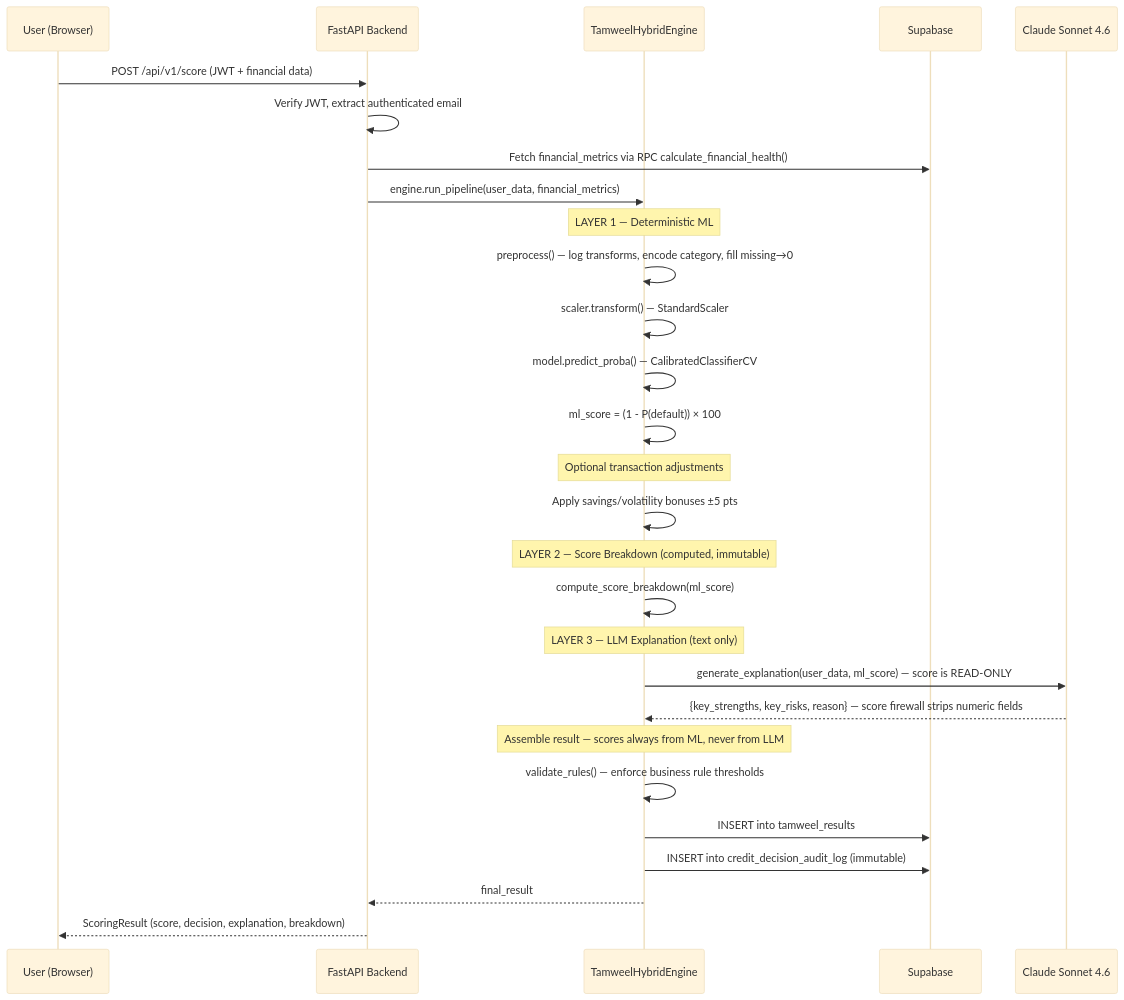
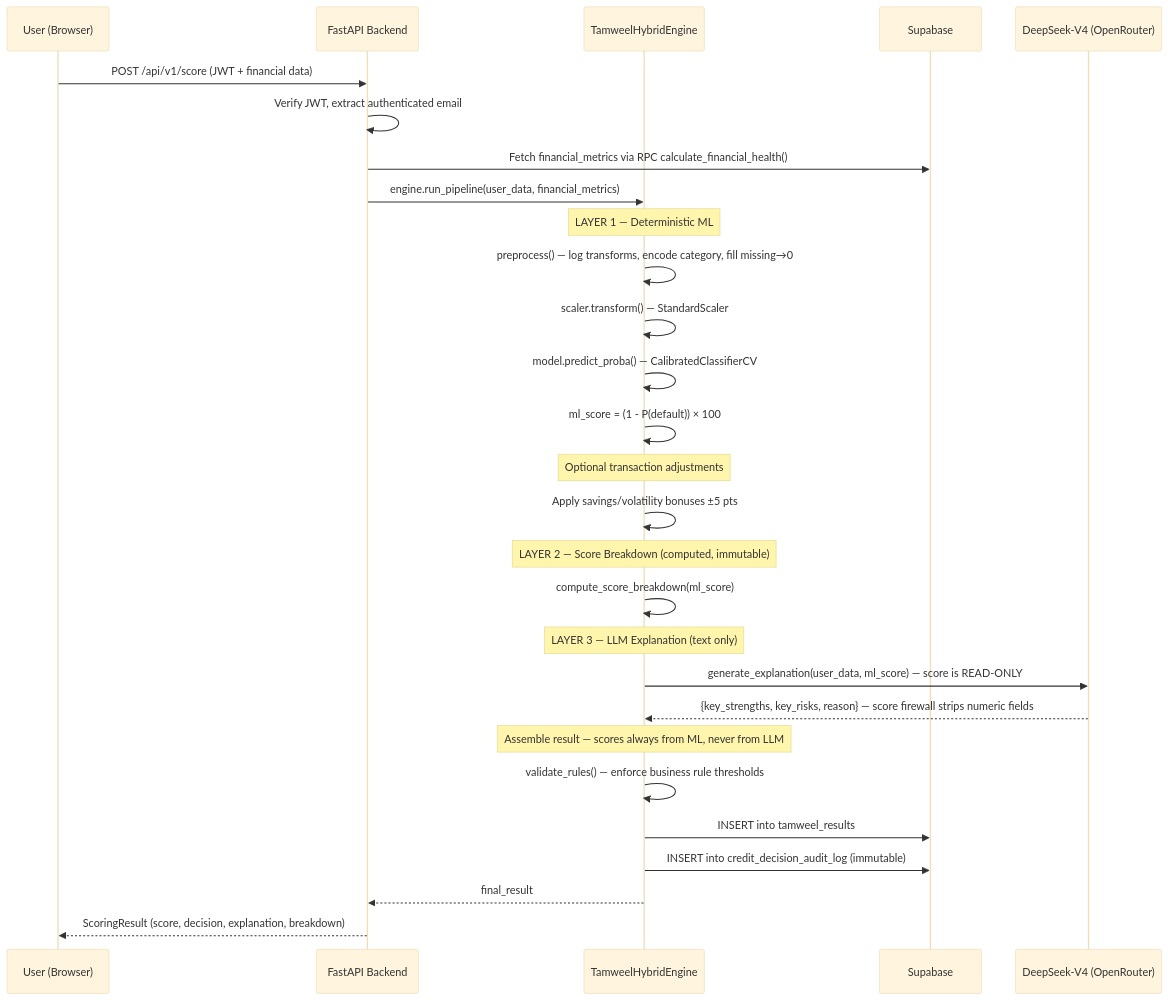
One commit to omaridop/Tamweel_2nd_Edition changed the second of 2 diagrams in README.md. Above: the diagram before and after it, drawn with Mermaid (base theme). The commit also changed other lines of this file and 7 other files, not shown here.

First line of the commit message:
fix: migrate score explanation engine from Anthropic to OpenRouter/DeepSeek-V4

````diff
--- a/README.md
+++ b/README.md
@@ -251,36 +251,36 @@
 ```mermaid
 sequenceDiagram
     participant U as User (Browser)
     participant F as FastAPI Backend
     participant ML as TamweelHybridEngine
     participant DB as Supabase
-    participant LLM as Claude Sonnet 4.6
+    participant LLM as DeepSeek-V4 (OpenRouter)
 
     U->>F: POST /api/v1/score (JWT + financial data)
     F->>F: Verify JWT, extract authenticated email
     F->>DB: Fetch financial_metrics via RPC calculate_financial_health()
     F->>ML: engine.run_pipeline(user_data, financial_metrics)
 
     Note over ML: LAYER 1 — Deterministic ML
     ML->>ML: preprocess() — log transforms, encode category, fill missing→0
     ML->>ML: scaler.transform() — StandardScaler
     ML->>ML: model.predict_proba() — CalibratedClassifierCV
     ML->>ML: ml_score = (1 - P(default)) × 100
 
     Note over ML: Optional transaction adjustments
     ML->>ML: Apply savings/volatility bonuses ±5 pts
 
     Note over ML: LAYER 2 — Score Breakdown (computed, immutable)
     ML->>ML: compute_score_breakdown(ml_score)
 
     Note over ML: LAYER 3 — LLM Explanation (text only)
     ML->>LLM: generate_explanation(user_data, ml_score) — score is READ-ONLY
     LLM-->>ML: {key_strengths, key_risks, reason} — score firewall strips numeric fields
 
     Note over ML: Assemble result — scores always from ML, never from LLM
     ML->>ML: validate_rules() — enforce business rule thresholds
     ML->>DB: INSERT into tamweel_results
     ML->>DB: INSERT into credit_decision_audit_log (immutable)
     ML-->>F: final_result
     F-->>U: ScoringResult (score, decision, explanation, breakdown)
 ```
````
